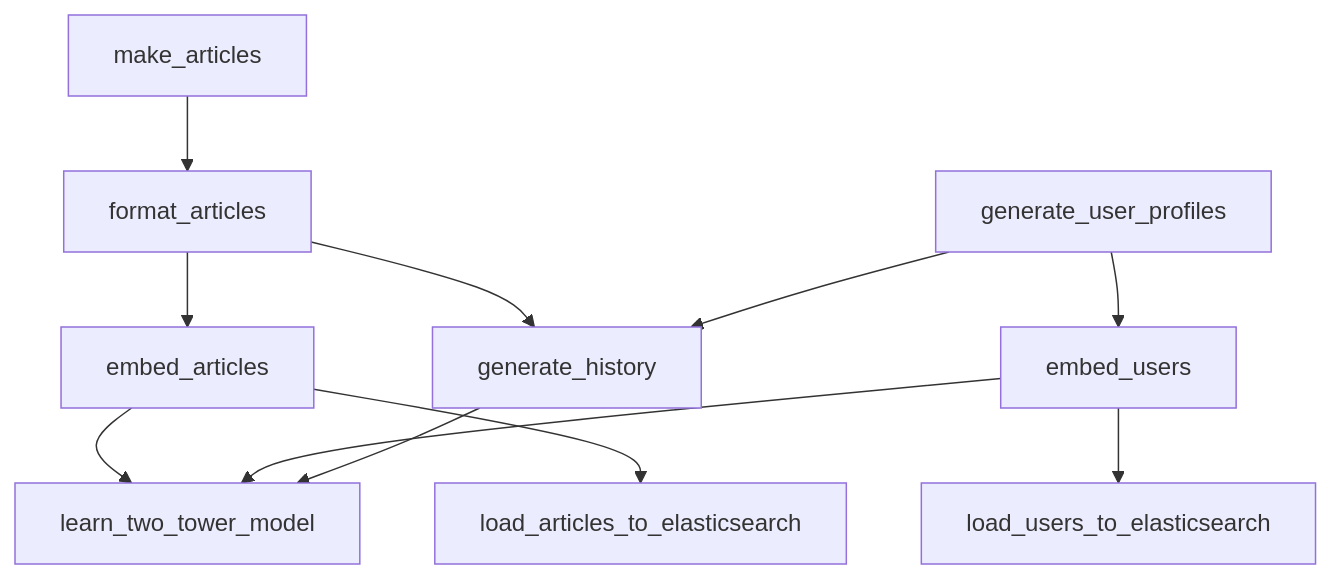
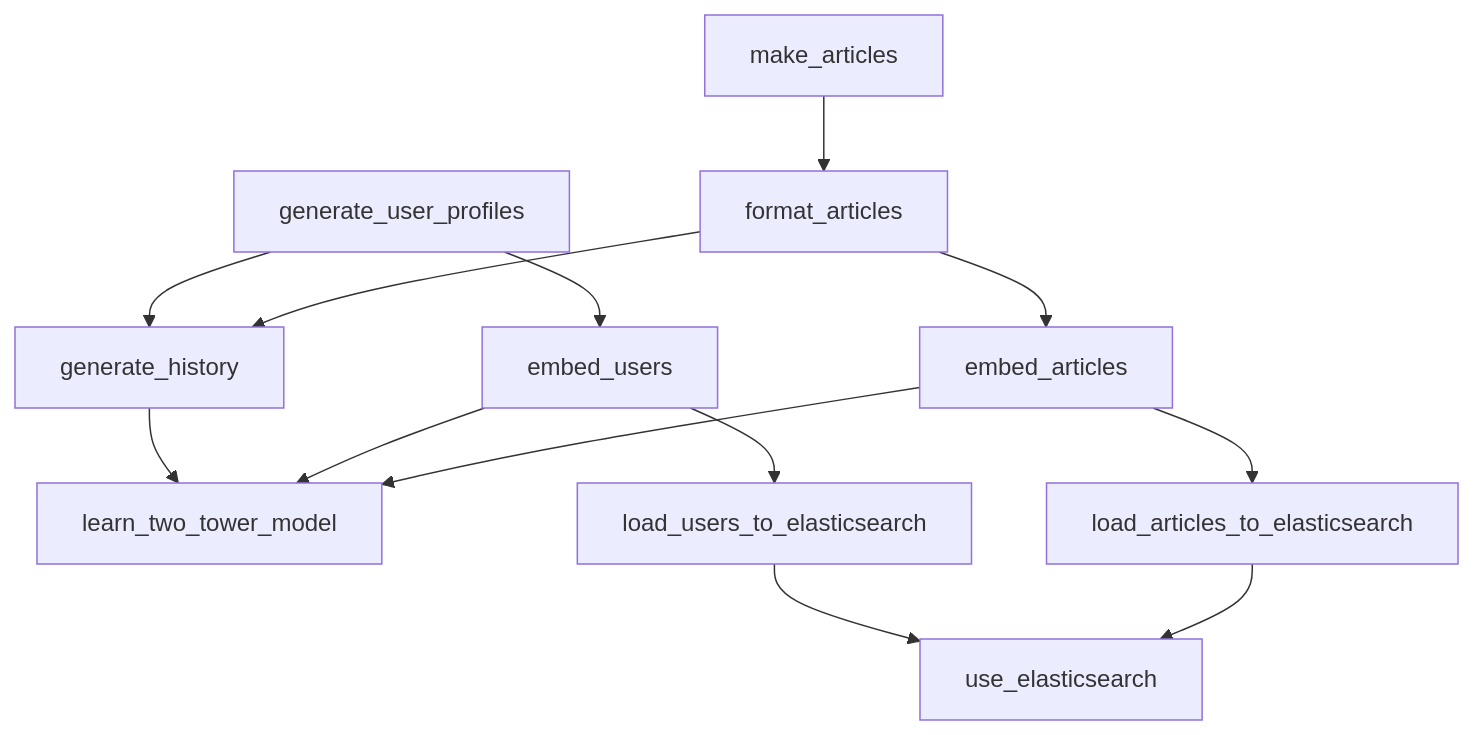
One commit to u-masao/hybrid-search-demo changed the diagram in PIPELINE.md. Above: the diagram before and after it, drawn with Mermaid.

Commit message:
dvc pipeline updated

````diff
--- a/PIPELINE.md
+++ b/PIPELINE.md
@@ -1,22 +1,25 @@
 ```mermaid
 flowchart TD
 	node1["embed_articles"]
 	node2["embed_users"]
 	node3["format_articles"]
 	node4["generate_history"]
 	node5["generate_user_profiles"]
 	node6["learn_two_tower_model"]
 	node7["load_articles_to_elasticsearch"]
 	node8["load_users_to_elasticsearch"]
 	node9["make_articles"]
+	node10["use_elasticsearch"]
 	node1-->node6
 	node1-->node7
 	node2-->node6
 	node2-->node8
 	node3-->node1
 	node3-->node4
 	node4-->node6
 	node5-->node2
 	node5-->node4
+	node7-->node10
+	node8-->node10
 	node9-->node3
 ```
````
